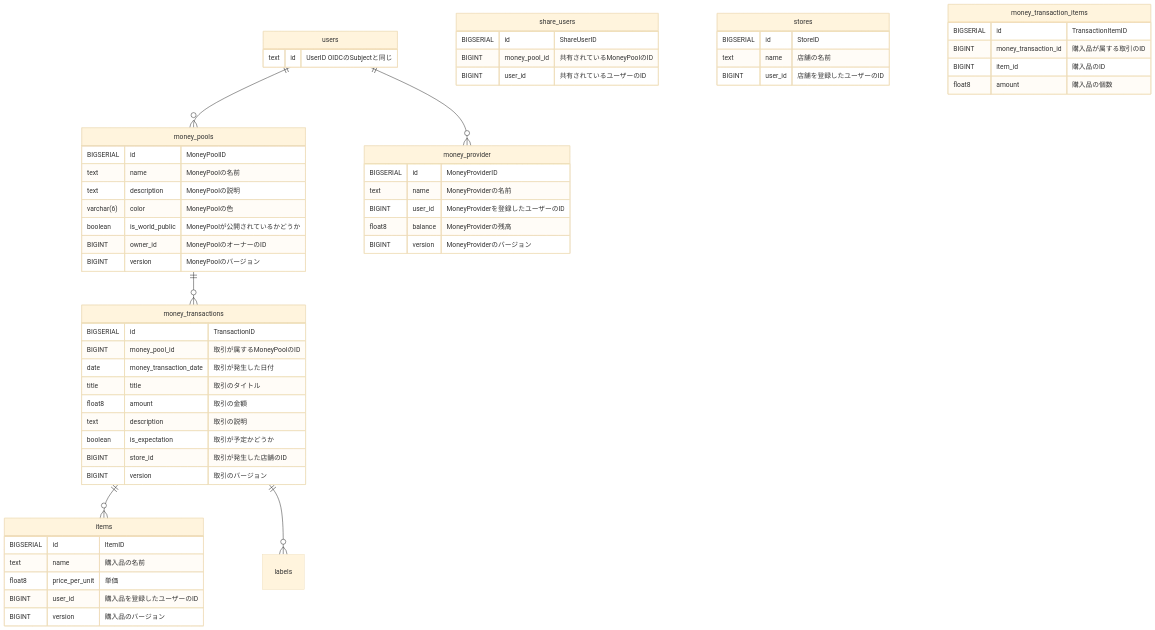
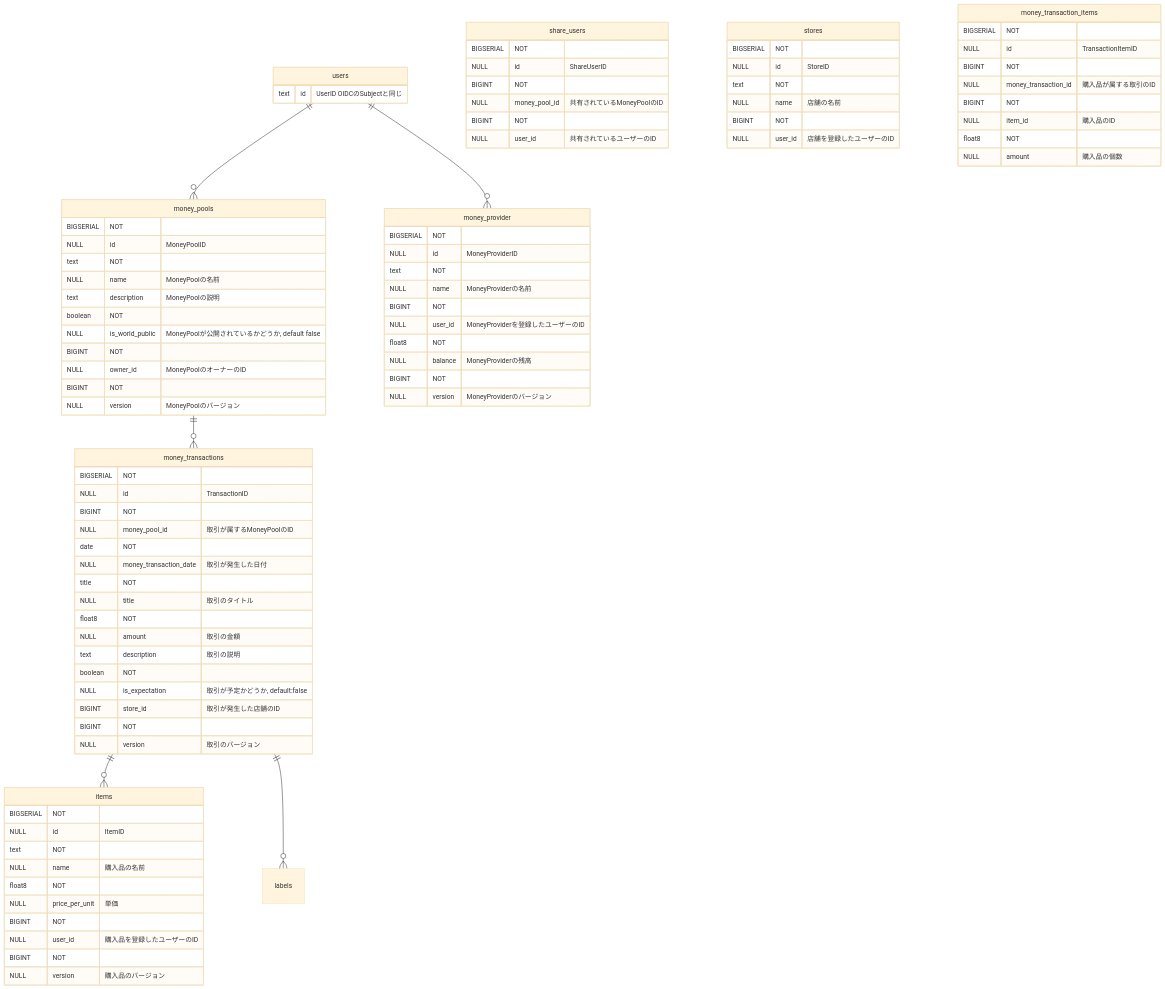
The diagram in back/readme.md (walnuts1018/OpenChokin), drawn with Mermaid (base theme) before and after one commit.

Commit message:
Add NOT NULL constraints and default values to database tables

````diff
--- a/back/readme.md
+++ b/back/readme.md
@@ -1,69 +1,68 @@
 ```mermaid
 erDiagram
   users ||--o{ money_pools : ""
   money_pools ||--o{ money_transactions : ""
   money_transactions ||--o{ items : ""
   money_transactions ||--o{labels: ""
   users ||--o{ money_provider : ""
 
   users {
     text id "UserID OIDCのSubjectと同じ"
   }
 
   money_pools {
-    BIGSERIAL id "MoneyPoolID"
-    text name "MoneyPoolの名前"
+    BIGSERIAL NOT NULL id "MoneyPoolID"
+    text NOT NULL name "MoneyPoolの名前"
     text description "MoneyPoolの説明"
-    varchar(6) color "MoneyPoolの色"
-    boolean is_world_public "MoneyPoolが公開されているかどうか"
-    BIGINT owner_id "MoneyPoolのオーナーのID"
-    BIGINT version "MoneyPoolのバージョン"
+    boolean NOT NULL is_world_public "MoneyPoolが公開されているかどうか, default false"
+    BIGINT NOT NULL owner_id "MoneyPoolのオーナーのID"
+    BIGINT NOT NULL version "MoneyPoolのバージョン"
   }
 
   share_users {
-    BIGSERIAL id "ShareUserID"
-    BIGINT money_pool_id "共有されているMoneyPoolのID"
-    BIGINT user_id "共有されているユーザーのID"
+    BIGSERIAL NOT NULL id "ShareUserID"
+    BIGINT NOT NULL money_pool_id "共有されているMoneyPoolのID"
+    BIGINT NOT NULL user_id "共有されているユーザーのID"
   }
 
   money_transactions {
-    BIGSERIAL id "TransactionID"
-    BIGINT money_pool_id "取引が属するMoneyPoolのID"
-    date money_transaction_date "取引が発生した日付"
-    title title "取引のタイトル"
-    float8 amount "取引の金額"
+    BIGSERIAL NOT NULL id "TransactionID"
+    BIGINT NOT NULL money_pool_id "取引が属するMoneyPoolのID"
+    date NOT NULL money_transaction_date "取引が発生した日付"
+    title NOT NULL title "取引のタイトル"
+    float8 NOT NULL amount "取引の金額"
     text description "取引の説明"
-    boolean is_expectation "取引が予定かどうか"
+    boolean NOT NULL is_expectation "取引が予定かどうか, default:false"
     BIGINT store_id "取引が発生した店舗のID"
-    BIGINT version "取引のバージョン"
+    BIGINT NOT NULL version "取引のバージョン"
   }
 
   stores {
-    BIGSERIAL id "StoreID"
-    text name "店舗の名前"
-    BIGINT user_id "店舗を登録したユーザーのID"
+    BIGSERIAL NOT NULL id "StoreID"
+    text NOT NULL name "店舗の名前"
+    BIGINT NOT NULL user_id "店舗を登録したユーザーのID"
   }
 
   items {
-    BIGSERIAL id "ItemID"
-    text name "購入品の名前"
-    float8 price_per_unit "単価"
-    BIGINT user_id "購入品を登録したユーザーのID"
-    BIGINT version "購入品のバージョン"
+    BIGSERIAL NOT NULL id "ItemID"
+    text NOT NULL name "購入品の名前"
+    float8 NOT NULL price_per_unit "単価"
+    BIGINT NOT NULL user_id "購入品を登録したユーザーのID"
+    BIGINT NOT NULL version "購入品のバージョン"
   }
 
   money_transaction_items {
-    BIGSERIAL id "TransactionItemID"
-    BIGINT money_transaction_id "購入品が属する取引のID"
-    BIGINT item_id "購入品のID"
-    float8 amount "購入品の個数"
+    BIGSERIAL NOT NULL id "TransactionItemID"
+    BIGINT NOT NULL money_transaction_id "購入品が属する取引のID"
+    BIGINT NOT NULL item_id "購入品のID"
+    float8 NOT NULL amount "購入品の個数"
   }
 
   money_provider {
-    BIGSERIAL id "MoneyProviderID"
-    text name "MoneyProviderの名前"
-    BIGINT user_id "MoneyProviderを登録したユーザーのID"
-    float8 balance "MoneyProviderの残高"
-    BIGINT version "MoneyProviderのバージョン"
+    BIGSERIAL NOT NULL id "MoneyProviderID"
+    text NOT NULL name "MoneyProviderの名前"
+    BIGINT NOT NULL user_id "MoneyProviderを登録したユーザーのID"
+    float8 NOT NULL balance "MoneyProviderの残高"
+    BIGINT NOT NULL version "MoneyProviderのバージョン"
   }
 ```
````
